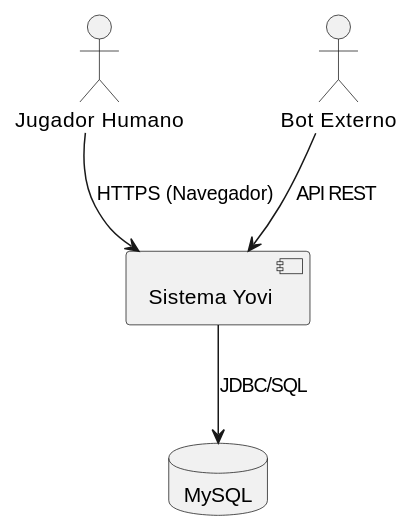
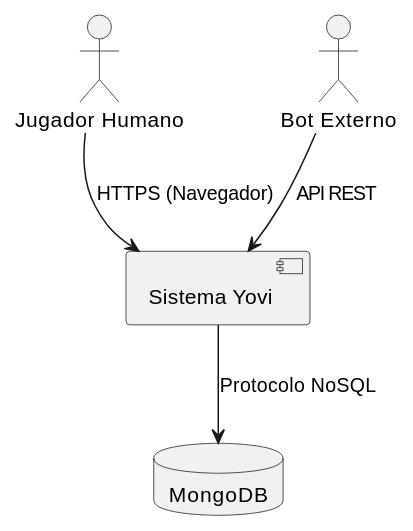
One commit to Arquisoft/yovi_es2a changed the first of 3 diagrams in docs/src/05_building_block_view.adoc. Above: the diagram before and after it, drawn with PlantUML. The commit also changed other lines of this file, not shown here.

```diff
--- a/docs/src/05_building_block_view.adoc
+++ b/docs/src/05_building_block_view.adoc
@@ -86,13 +18,13 @@
 [plantuml, target=diagrama-contexto, format=svg]
 ....
 @startuml
 actor "Jugador Humano" as User
 actor "Bot Externo" as Bot
 component "Sistema Yovi" as System
-database "MySQL" as DB
+database "MongoDB" as DB
 
 User --> System : HTTPS (Navegador)
 Bot --> System : API REST
-System --> DB : JDBC/SQL
+System --> DB : Protocolo NoSQL
 @enduml
 ....
```
